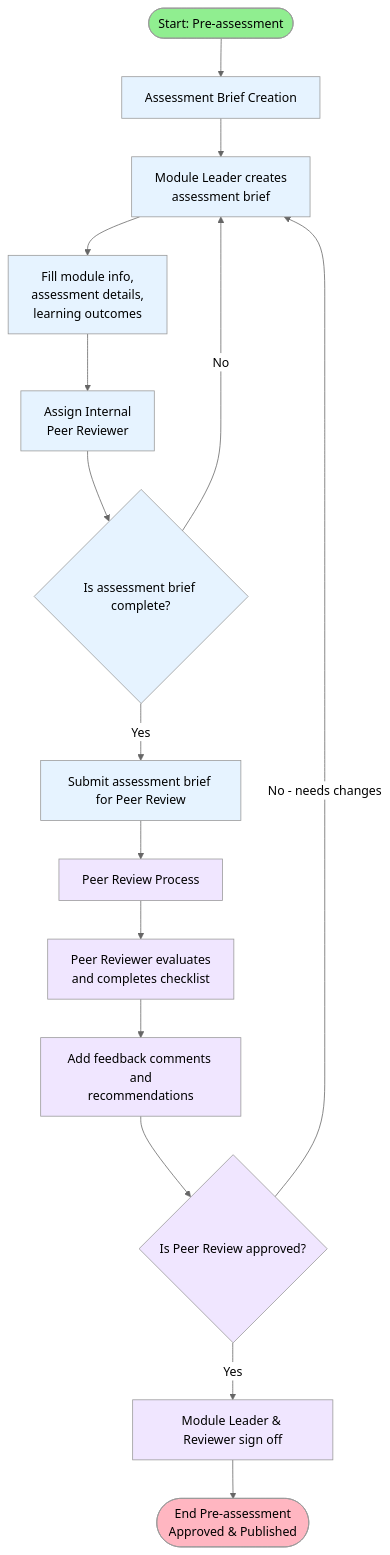
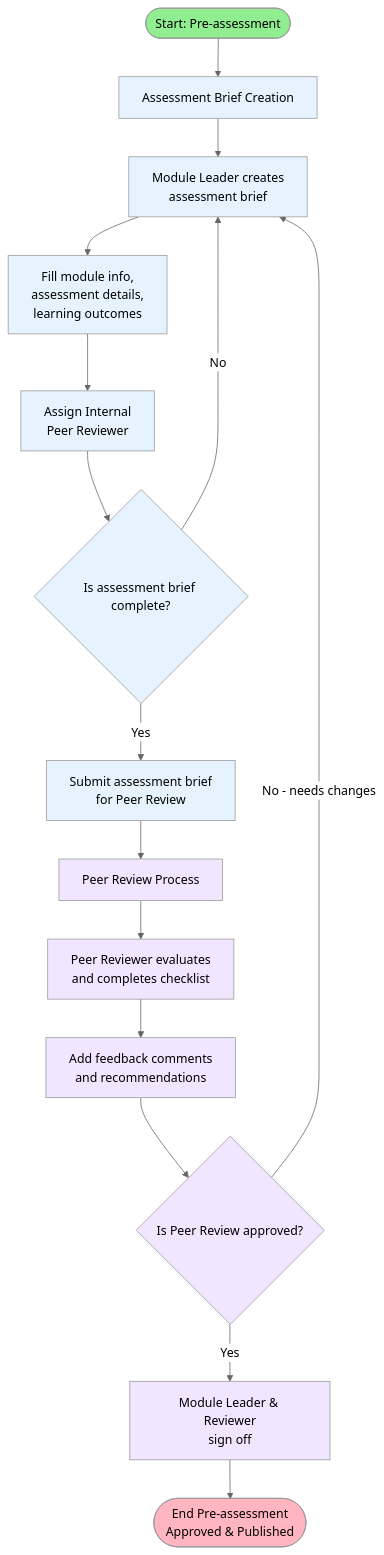
Before and after one commit to martinsolent/mod_prototype: the first of 2 diagrams in flow_chart/mod_flow_chart.md, drawn with Mermaid (neutral theme). The commit also changed other lines of this file, not shown here.

Commit message:
Add line breaks to prevent text cutoff in flowchart nodes

````diff
--- a/flow_chart/mod_flow_chart.md
+++ b/flow_chart/mod_flow_chart.md
@@ -1,29 +1,29 @@
 ```mermaid
 flowchart TD
     %% Workflow A: Pre-assessment (before semester)
     StartA([Start: Pre-assessment]) --> AB[Assessment Brief Creation]
     
     AB --> AB1[Module Leader creates<br/>assessment brief]
     AB1 --> AB2[Fill module info,<br/>assessment details,<br/>learning outcomes]
     AB2 --> AB3[Assign Internal<br/>Peer Reviewer]
     AB3 --> AB4{Is assessment brief complete?}
     AB4 -->|No| AB1
-    AB4 -->|Yes| AB5[Submit assessment brief for Peer Review]
+    AB4 -->|Yes| AB5[Submit assessment brief<br/>for Peer Review]
     AB5 --> PR[Peer Review Process]
     
     PR --> PR1[Peer Reviewer evaluates<br/>and completes checklist]
-    PR1 --> PR2[Add feedback comments and<br/>recommendations]
+    PR1 --> PR2[Add feedback comments<br/>and recommendations]
     PR2 --> PR3{Is Peer Review approved?}
     PR3 -->|No - needs changes| AB1
-    PR3 -->|Yes| PR4[Module Leader & Reviewer sign off]
+    PR3 -->|Yes| PR4[Module Leader & Reviewer<br/>sign off]
     PR4 --> EndA([End Pre-assessment<br/>Approved & Published])
     
     classDef start fill:#90EE90
     classDef endNode fill:#FFB6C1
     classDef brief fill:#E6F3FF
     classDef peer fill:#F0E6FF
     class StartA start
     class EndA endNode
     class AB,AB1,AB2,AB3,AB4,AB5 brief
     class PR,PR1,PR2,PR3,PR4 peer
 ```
````
